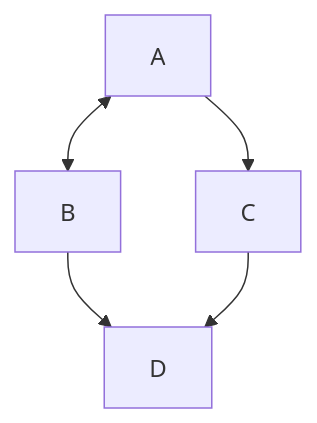
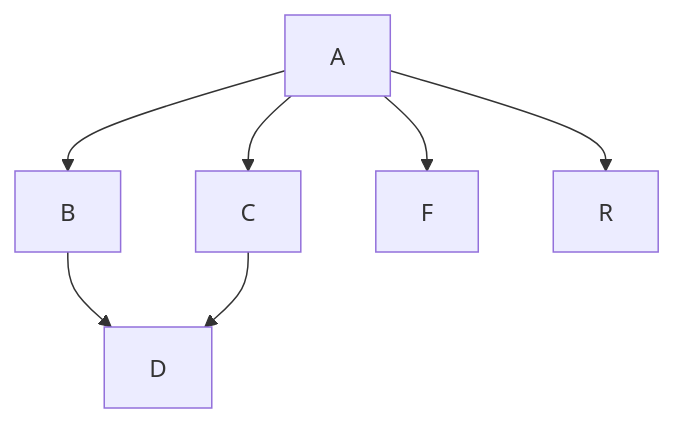
One commit to 102vosit/task changed the diagram in README.md. Above: the diagram before and after it, drawn with Mermaid.

````diff
--- a/README.md
+++ b/README.md
@@ -29,7 +29,9 @@
 ```mermaid
 graph TD;
-    A<-->B;
+    A-->B;
     A-->C;
+    A-->F;
+    A-->R;
     B-->D;
     C-->D;
 ```
````
